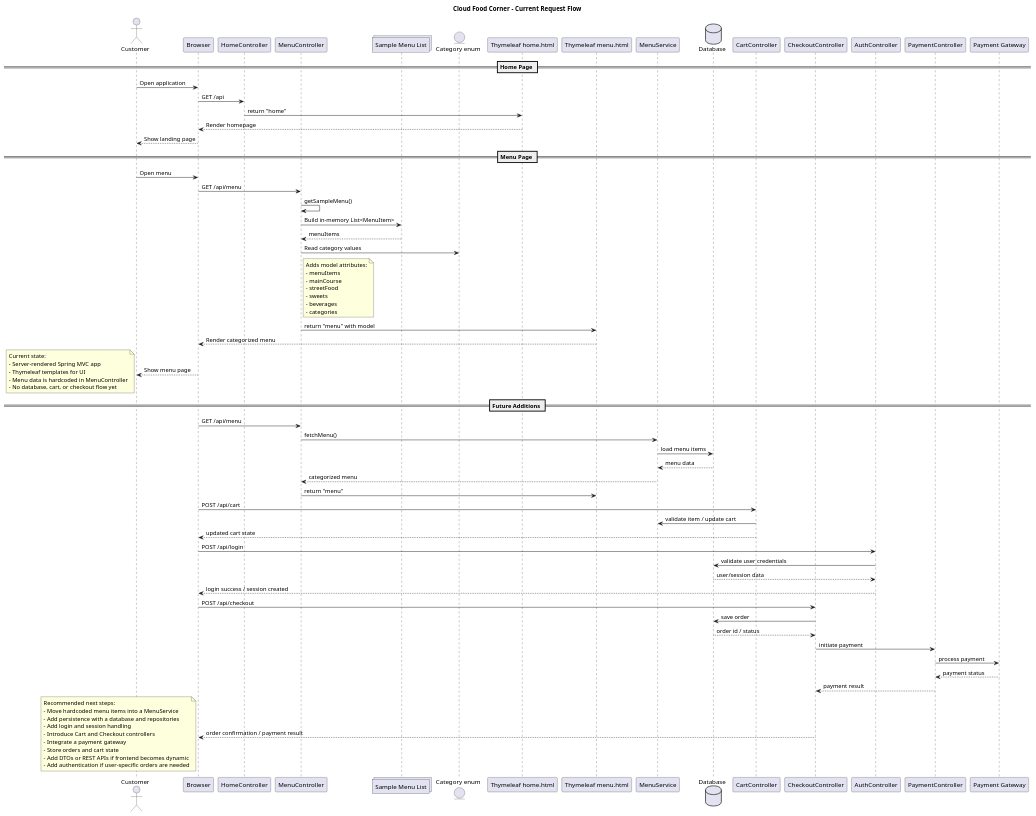
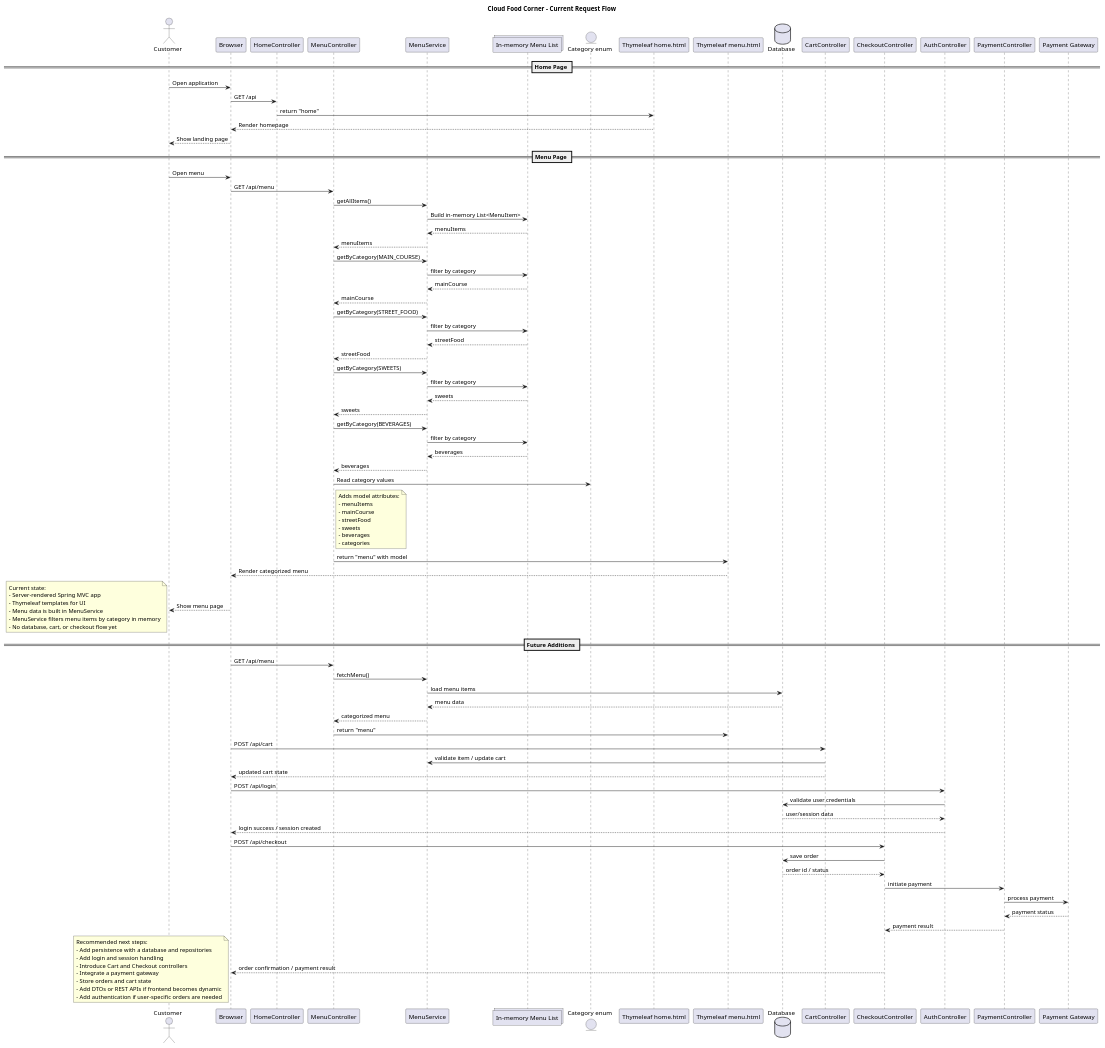
Before and after one commit to Ayish-Shaikh/Undergraduate_Food_Corner: the diagram in diagram.puml, drawn with PlantUML.

Commit message:
design of our current web app

```diff
--- a/diagram.puml
+++ b/diagram.puml
@@ -1,96 +1,113 @@
 @startuml
 title Cloud Food Corner - Current Request Flow
 
 actor Customer
 participant "Browser" as Browser
 participant "HomeController" as HomeController
 participant "MenuController" as MenuController
-collections "Sample Menu List" as MenuList
+participant "MenuService" as MenuService
+collections "In-memory Menu List" as MenuList
 entity "Category enum" as Category
 participant "Thymeleaf home.html" as HomeView
 participant "Thymeleaf menu.html" as MenuView
 
 == Home Page ==
 Customer -> Browser : Open application
 Browser -> HomeController : GET /api
 HomeController -> HomeView : return "home"
 HomeView --> Browser : Render homepage
 Browser --> Customer : Show landing page
 
 == Menu Page ==
 Customer -> Browser : Open menu
 Browser -> MenuController : GET /api/menu
-MenuController -> MenuController : getSampleMenu()
-MenuController -> MenuList : Build in-memory List<MenuItem>
-MenuList --> MenuController : menuItems
+MenuController -> MenuService : getAllItems()
+MenuService -> MenuList : Build in-memory List<MenuItem>
+MenuList --> MenuService : menuItems
+MenuService --> MenuController : menuItems
+MenuController -> MenuService : getByCategory(MAIN_COURSE)
+MenuService -> MenuList : filter by category
+MenuList --> MenuService : mainCourse
+MenuService --> MenuController : mainCourse
+MenuController -> MenuService : getByCategory(STREET_FOOD)
+MenuService -> MenuList : filter by category
+MenuList --> MenuService : streetFood
+MenuService --> MenuController : streetFood
+MenuController -> MenuService : getByCategory(SWEETS)
+MenuService -> MenuList : filter by category
+MenuList --> MenuService : sweets
+MenuService --> MenuController : sweets
+MenuController -> MenuService : getByCategory(BEVERAGES)
+MenuService -> MenuList : filter by category
+MenuList --> MenuService : beverages
+MenuService --> MenuController : beverages
 MenuController -> Category : Read category values
 
 note right of MenuController
 Adds model attributes:
 - menuItems
 - mainCourse
 - streetFood
 - sweets
 - beverages
 - categories
 end note
 
 MenuController -> MenuView : return "menu" with model
 MenuView --> Browser : Render categorized menu
 Browser --> Customer : Show menu page
 
 note bottom
 Current state:
 - Server-rendered Spring MVC app
 - Thymeleaf templates for UI
-- Menu data is hardcoded in MenuController
+- Menu data is built in MenuService
+- MenuService filters menu items by category in memory
 - No database, cart, or checkout flow yet
 end note
 
 == Future Additions ==
-participant "MenuService" as MenuService
 database "Database" as DB
 participant "CartController" as CartController
 participant "CheckoutController" as CheckoutController
 participant "AuthController" as AuthController
 participant "PaymentController" as PaymentController
 participant "Payment Gateway" as PaymentGateway
 
 Browser -> MenuController : GET /api/menu
 MenuController -> MenuService : fetchMenu()
 MenuService -> DB : load menu items
 DB --> MenuService : menu data
 MenuService --> MenuController : categorized menu
 MenuController -> MenuView : return "menu"
 
 Browser -> CartController : POST /api/cart
 CartController -> MenuService : validate item / update cart
 CartController --> Browser : updated cart state
 
 Browser -> AuthController : POST /api/login
 AuthController -> DB : validate user credentials
 DB --> AuthController : user/session data
 AuthController --> Browser : login success / session created
 
 Browser -> CheckoutController : POST /api/checkout
 CheckoutController -> DB : save order
 DB --> CheckoutController : order id / status
 
 CheckoutController -> PaymentController : initiate payment
 PaymentController -> PaymentGateway : process payment
 PaymentGateway --> PaymentController : payment status
 PaymentController --> CheckoutController : payment result
 CheckoutController --> Browser : order confirmation / payment result
 
 note bottom
 Recommended next steps:
-- Move hardcoded menu items into a MenuService
 - Add persistence with a database and repositories
 - Add login and session handling
 - Introduce Cart and Checkout controllers
 - Integrate a payment gateway
 - Store orders and cart state
 - Add DTOs or REST APIs if frontend becomes dynamic
 - Add authentication if user-specific orders are needed
 end note
 @enduml
```
